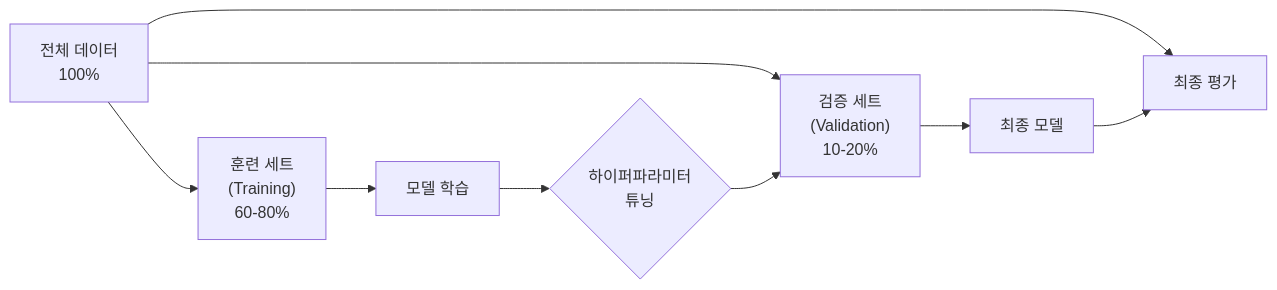
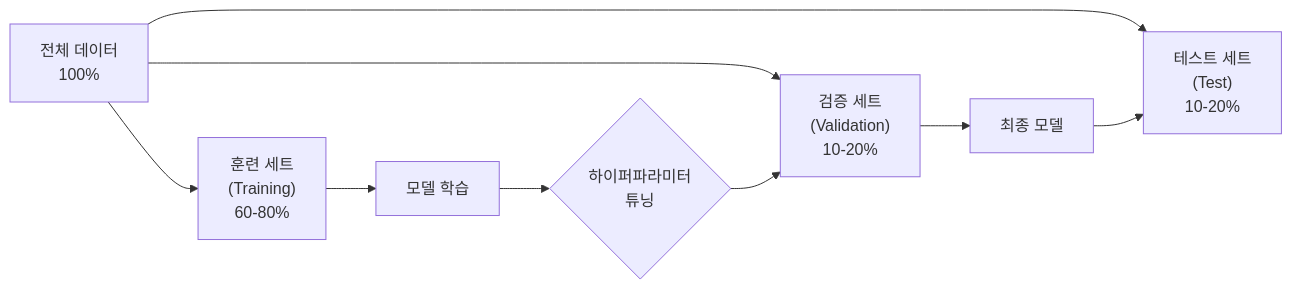
One commit to jingu279/Document changed the fifth of 8 diagrams in ai-programming/02_머신러닝/01_ML_개념.md. Above: the diagram before and after it, drawn with Mermaid. The commit also changed other lines of this file and 9 other files, not shown here.

Commit message:
Fix all broken Mermaid diagrams across AI book (cross-subgraph connections, reserved keywords, duplicate nodes)

````diff
--- a/ai-programming/02_머신러닝/01_ML_개념.md
+++ b/ai-programming/02_머신러닝/01_ML_개념.md
@@ -160,12 +162,12 @@
 ```mermaid
 flowchart LR
   All["전체 데이터<br/>100%"] --> Train["훈련 세트<br/>(Training)<br/>60-80%"]
   All --> Val["검증 세트<br/>(Validation)<br/>10-20%"]
   All --> Test["테스트 세트<br/>(Test)<br/>10-20%"]
 
   Train --> Fit["모델 학습"]
   Fit --> Tune{"하이퍼파라미터<br/>튜닝"}
   Tune --> Val
   Val --> Final["최종 모델"]
-  Final --> Test["최종 평가"]
+  Final --> Test
 ```
````
